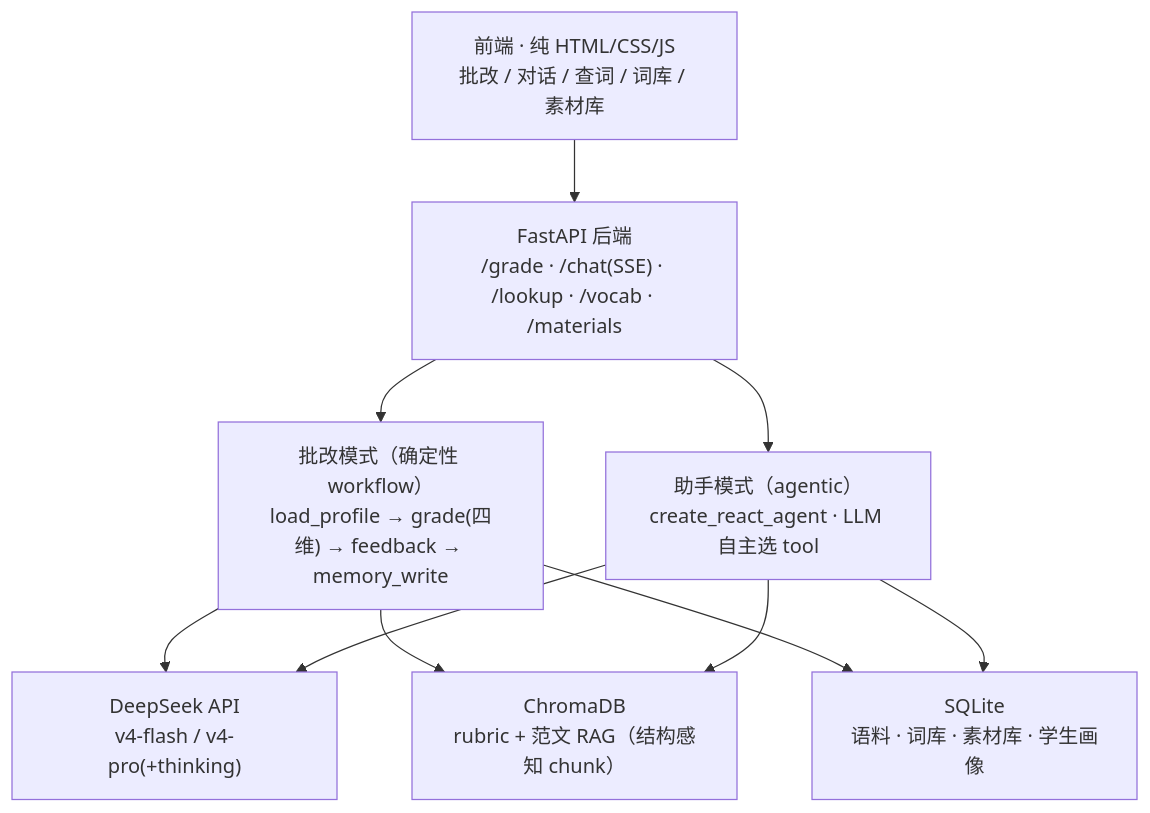
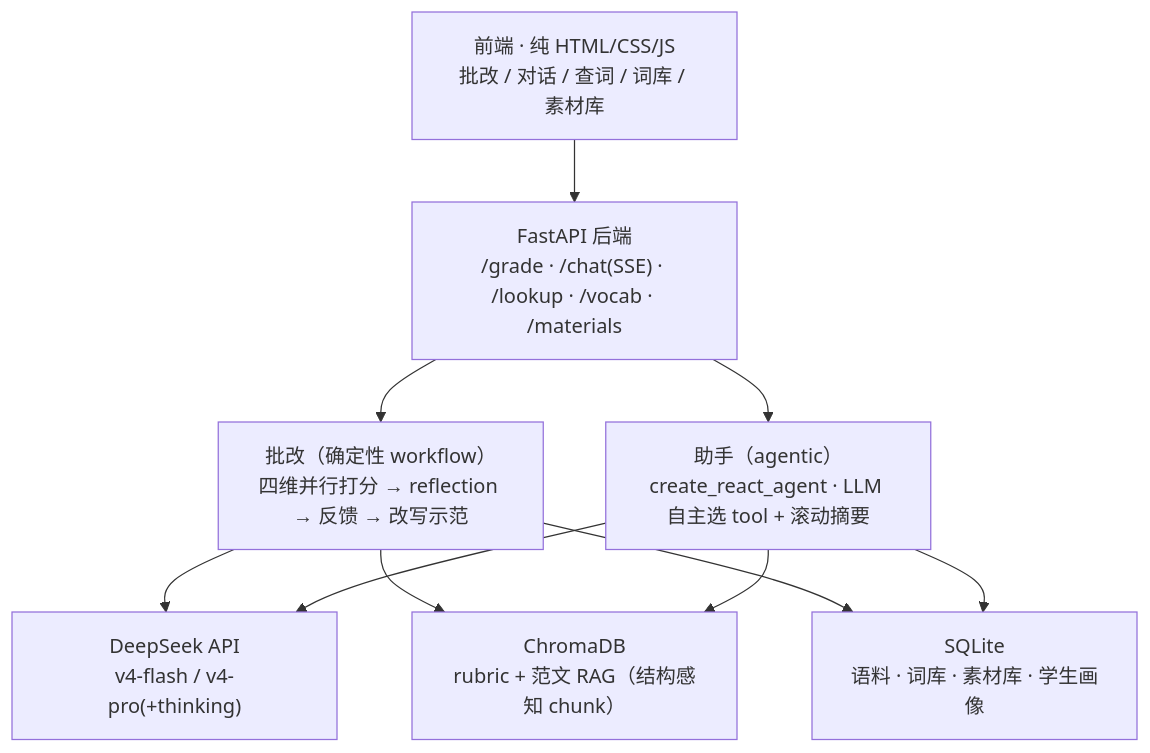
One commit to Shuqin4712/Ielts-with-Agent changed the diagram in README.md. Above: the diagram before and after it, drawn with Mermaid. The commit also changed other lines of this file and 4 other files, not shown here.

````diff
--- a/README.md
+++ b/README.md
@@ -25,16 +18,16 @@
 ```mermaid
 flowchart TD
     FE["前端 · 纯 HTML/CSS/JS<br/>批改 / 对话 / 查词 / 词库 / 素材库"]
     API["FastAPI 后端<br/>/grade · /chat(SSE) · /lookup · /vocab · /materials"]
-    GRADE["批改模式（确定性 workflow）<br/>load_profile → grade(四维) → feedback → memory_write"]
-    CHAT["助手模式（agentic）<br/>create_react_agent · LLM 自主选 tool"]
+    GRADE["批改（确定性 workflow）<br/>四维并行打分 → reflection → 反馈 → 改写示范"]
+    CHAT["助手（agentic）<br/>create_react_agent · LLM 自主选 tool + 滚动摘要"]
     LLM["DeepSeek API<br/>v4-flash / v4-pro(+thinking)"]
     VDB["ChromaDB<br/>rubric + 范文 RAG（结构感知 chunk）"]
     SQL["SQLite<br/>语料 · 词库 · 素材库 · 学生画像"]
 
     FE --> API
     API --> GRADE
     API --> CHAT
     GRADE --> LLM & VDB & SQL
     CHAT --> LLM & VDB & SQL
 ```
````
